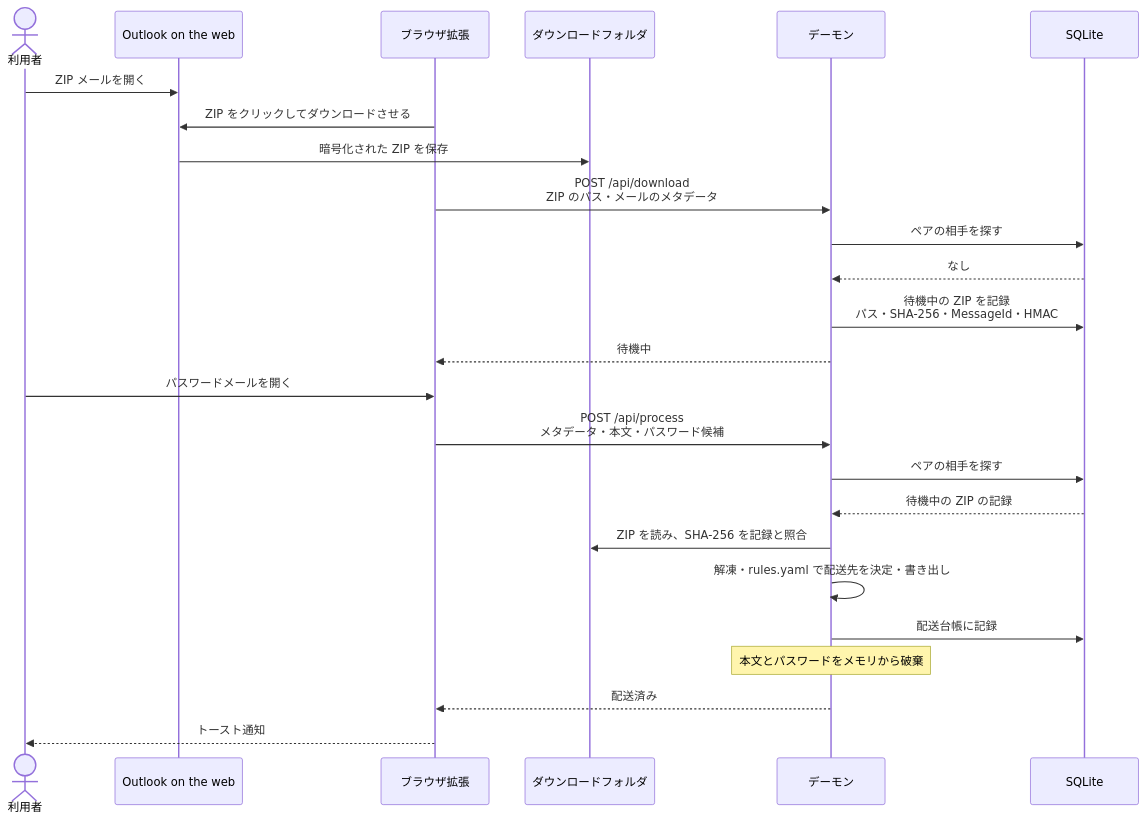
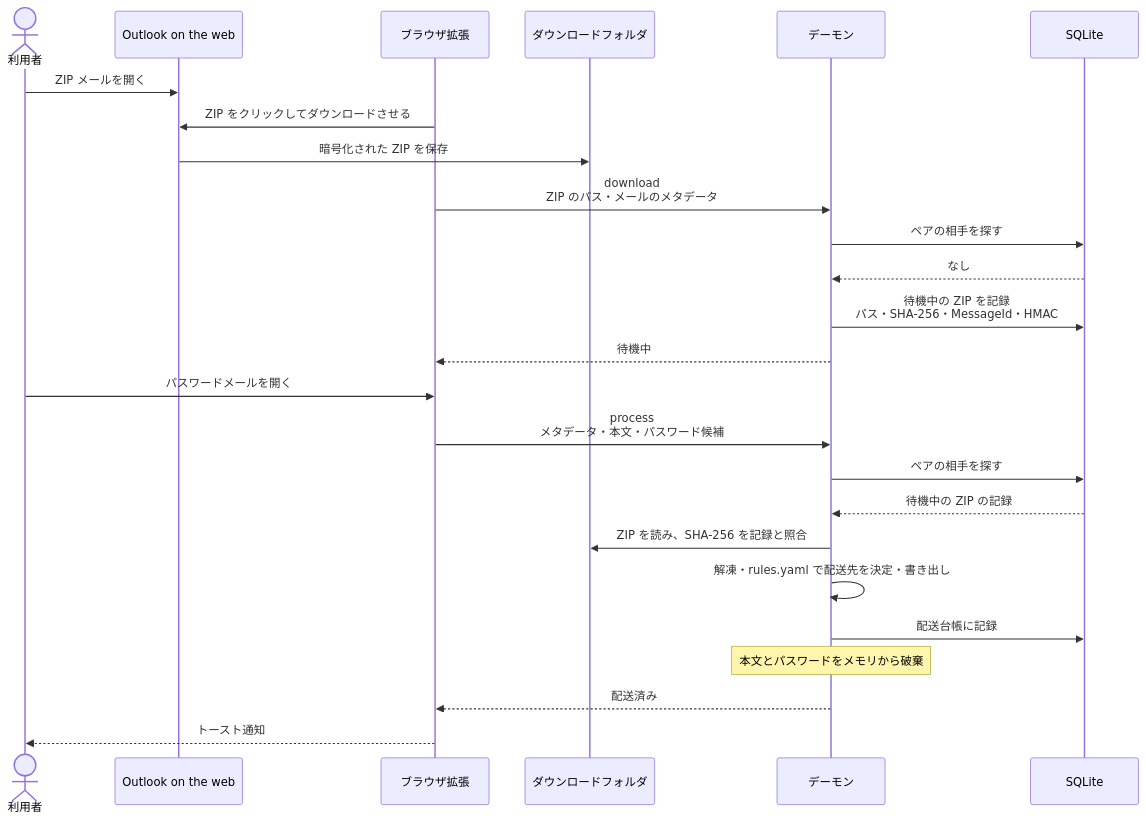
Before and after one commit to ShortArrow/ppapd: the third of 5 diagrams in docs/ARCHITECTURE.md, drawn with Mermaid. The commit also changed other lines of this file and 3 other files, not shown here.

````diff
--- a/docs/ARCHITECTURE.md
+++ b/docs/ARCHITECTURE.md
@@ -70,29 +70,29 @@
 ```mermaid
 sequenceDiagram
     actor U as 利用者
     participant OWA as Outlook on the web
     participant US as ブラウザ拡張
     participant DL as ダウンロードフォルダ
     participant D as デーモン
     participant DB as SQLite
 
     U->>OWA: ZIP メールを開く
     US->>OWA: ZIP をクリックしてダウンロードさせる
     OWA->>DL: 暗号化された ZIP を保存
-    US->>D: POST /api/download<br/>ZIP のパス・メールのメタデータ
+    US->>D: download<br/>ZIP のパス・メールのメタデータ
     D->>DB: ペアの相手を探す
     DB-->>D: なし
     D->>DB: 待機中の ZIP を記録<br/>パス・SHA-256・MessageId・HMAC
     D-->>US: 待機中
 
     U->>US: パスワードメールを開く
-    US->>D: POST /api/process<br/>メタデータ・本文・パスワード候補
+    US->>D: process<br/>メタデータ・本文・パスワード候補
     D->>DB: ペアの相手を探す
     DB-->>D: 待機中の ZIP の記録
     D->>DL: ZIP を読み、SHA-256 を記録と照合
     D->>D: 解凍・rules.yaml で配送先を決定・書き出し
     D->>DB: 配送台帳に記録
     Note over D: 本文とパスワードをメモリから破棄
     D-->>US: 配送済み
     US-->>U: トースト通知
 ```
````
